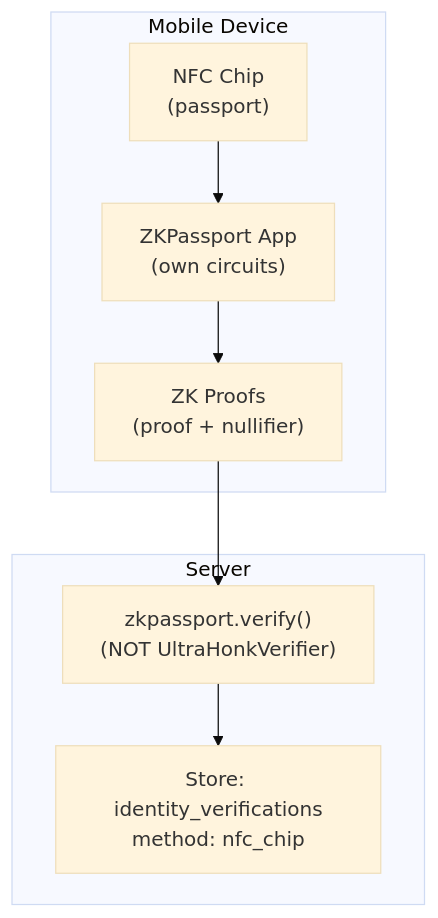
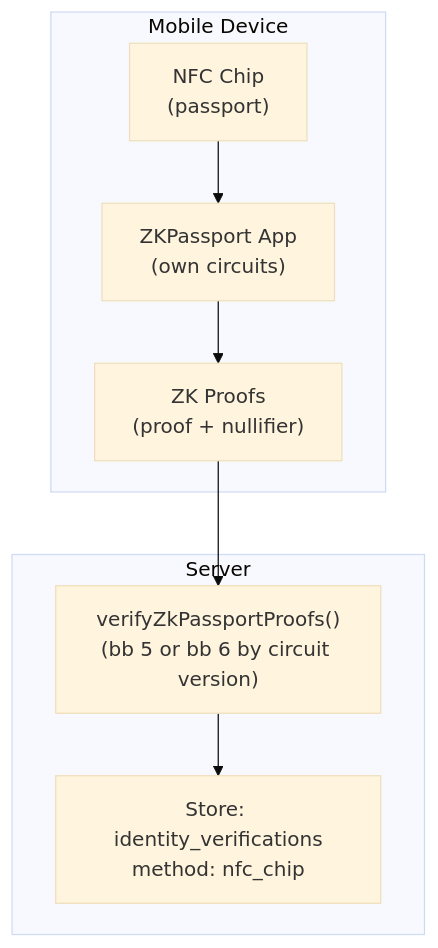
One commit to gustavovalverde/zentity changed the second of 4 diagrams in docs/(protocols)/zk-architecture.md. Above: the diagram before and after it, drawn with Mermaid (base theme). The commit also changed other lines of this file and 35 other files, not shown here.

First line of the commit message:
fix(zk): verify ZKPassport proofs and own circuits with Barretenberg 6 (#371)

````diff
--- a/docs/(protocols)/zk-architecture.md
+++ b/docs/(protocols)/zk-architecture.md
@@ -169,13 +169,13 @@
 ```mermaid
 flowchart TD
   subgraph Mobile["Mobile Device"]
     NFC["NFC Chip\n(passport)"] --> ZKApp["ZKPassport App\n(own circuits)"]
     ZKApp --> Proofs["ZK Proofs\n(proof + nullifier)"]
   end
 
   subgraph Server["Server"]
-    Verify["zkpassport.verify()\n(NOT UltraHonkVerifier)"] --> Store["Store: identity_verifications\nmethod: nfc_chip"]
+    Verify["verifyZkPassportProofs()\n(bb 5 or bb 6 by circuit version)"] --> Store["Store: identity_verifications\nmethod: nfc_chip"]
   end
 
   Proofs --> Verify
 ```
````
